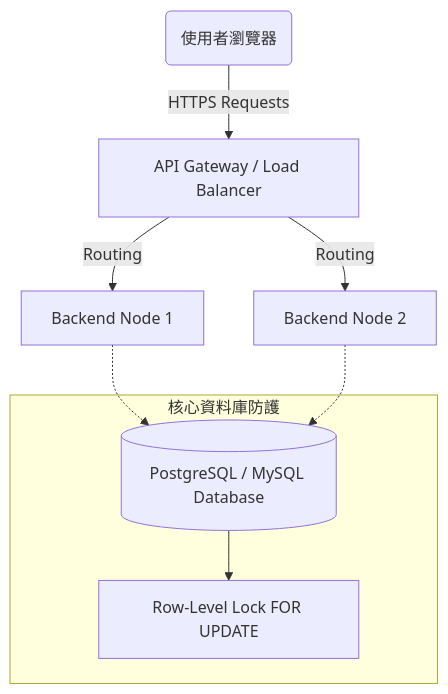
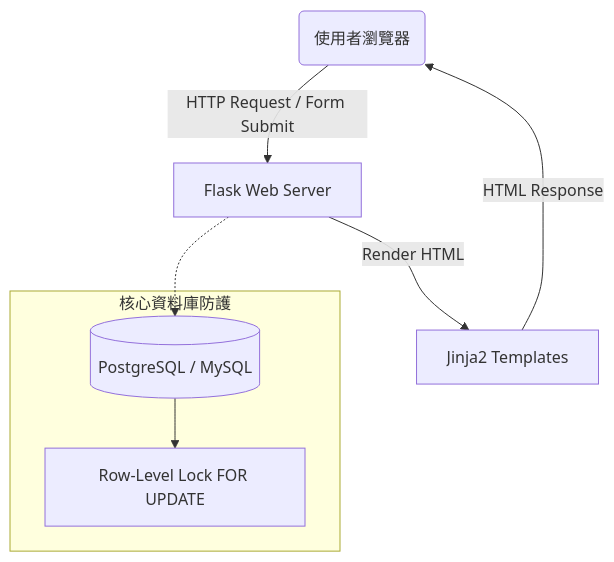
Before and after one commit to raoliyang4-prog/web_app_development: the diagram in docs/ARCHITECTURE.md, drawn with Mermaid. The commit also changed other lines of this file and 5 other files, not shown here.

````diff
--- a/docs/ARCHITECTURE.md
+++ b/docs/ARCHITECTURE.md
@@ -19,14 +19,13 @@
 ```mermaid
 graph TD
-    Client(使用者瀏覽器) -->|HTTPS Requests| API_Gateway[API Gateway / Load Balancer]
+    Client(使用者瀏覽器) -->|HTTP Request / Form Submit| Flask_App[Flask Web Server]
     
-    API_Gateway -->|Routing| Backend_1[Backend Node 1]
-    API_Gateway -->|Routing| Backend_2[Backend Node 2]
+    Flask_App -->|Render HTML| Jinja2_Templates[Jinja2 Templates]
+    Jinja2_Templates -->|HTML Response| Client
     
-    Backend_1 -.-> DB[(PostgreSQL / MySQL Database)]
-    Backend_2 -.-> DB
+    Flask_App -.-> DB[(PostgreSQL / MySQL)]
     
     subgraph 核心資料庫防護
     DB --> Lock[Row-Level Lock FOR UPDATE]
     end
 ```
````
